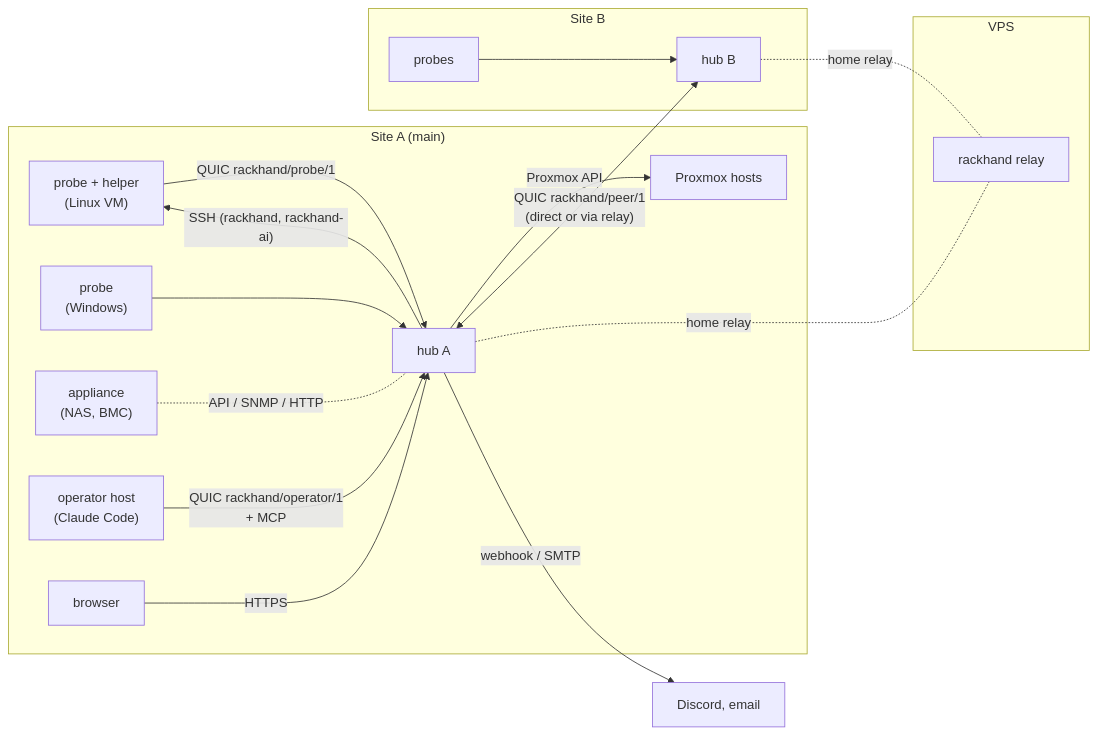
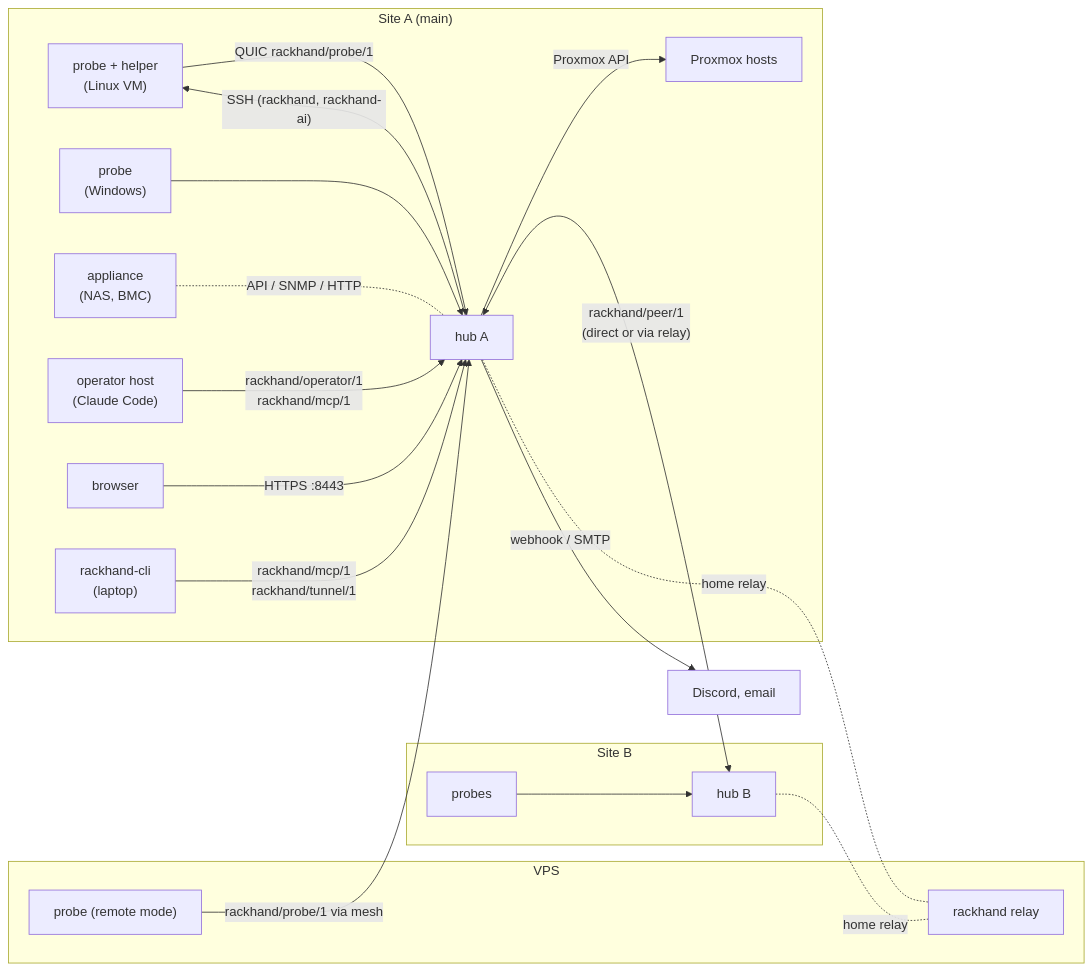
The first of 7 diagrams in docs/designs/0001-architecture/design.md (StrangeMatterStudio/Rackhand), drawn with Mermaid before and after one commit. The commit also changed other lines of this file, not shown here.

````diff
--- a/docs/designs/0001-architecture/design.md
+++ b/docs/designs/0001-architecture/design.md
@@ -208,22 +215,25 @@
 ```mermaid
 flowchart LR
   subgraph SiteA["Site A (main)"]
     PA1["probe + helper\n(Linux VM)"] -- "QUIC rackhand/probe/1" --> HA["hub A"]
     PA2["probe\n(Windows)"] --> HA
     APP["appliance\n(NAS, BMC)"] -. "API / SNMP / HTTP" .- HA
     HA -- "SSH (rackhand, rackhand-ai)" --> PA1
     HA -- "Proxmox API" --> PVE["Proxmox hosts"]
-    OP["operator host\n(Claude Code)"] -- "QUIC rackhand/operator/1\n+ MCP" --> HA
-    UI["browser"] -- "HTTPS" --> HA
+    OP["operator host\n(Claude Code)"] -- "rackhand/operator/1\nrackhand/mcp/1" --> HA
+    UI["browser"] -- "HTTPS :8443" --> HA
+    CLI["rackhand-cli\n(laptop)"] -- "rackhand/mcp/1\nrackhand/tunnel/1" --> HA
   end
   subgraph SiteB["Site B"]
     PB["probes"] --> HB["hub B"]
   end
   subgraph Cloud["VPS"]
     R["rackhand relay"]
+    PV["probe (remote mode)"]
   end
-  HA <-- "QUIC rackhand/peer/1\n(direct or via relay)" --> HB
+  HA <-- "rackhand/peer/1\n(direct or via relay)" --> HB
+  PV -- "rackhand/probe/1 via mesh" --> HA
   HA -. "home relay" .- R
   HB -. "home relay" .- R
   HA -- "webhook / SMTP" --> N["Discord, email"]
 ```
````
